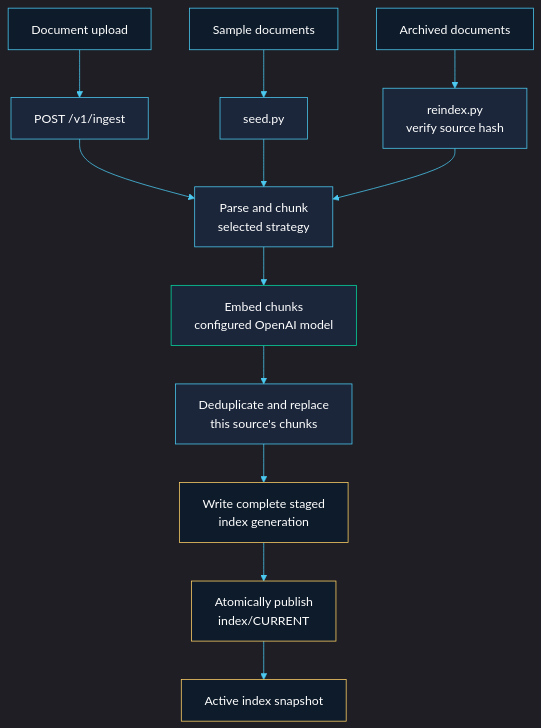
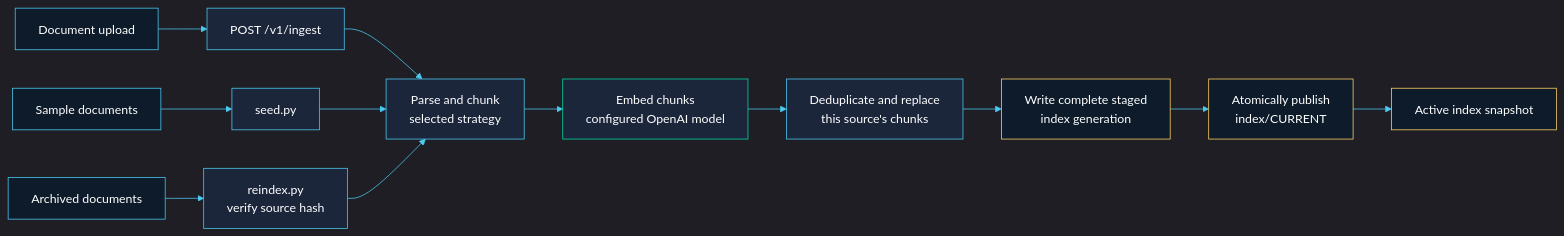
One commit to patilakshay111/RetrieverOS changed the first of 2 diagrams in README.md. Above: the diagram before and after it, drawn with Mermaid.

Commit message:
Lay out ingestion flow horizontally

````diff
--- a/README.md
+++ b/README.md
@@ -139,25 +139,25 @@
 ```mermaid
 %%{init: {'theme': 'dark', 'themeVariables': { 'primaryColor': '#0d1b2a', 'primaryTextColor': '#ffffff', 'primaryBorderColor': '#4cc9f0', 'lineColor': '#4cc9f0', 'secondaryColor': '#1b263b', 'tertiaryColor': '#4cc9f0' }}}%%
-flowchart TD
+flowchart LR
     upload["Document upload"] --> api["POST /v1/ingest"]
     samples["Sample documents"] --> seed["seed.py"]
     archive["Archived documents"] --> reindex["reindex.py<br/>verify source hash"]
     api --> ingest["Parse and chunk<br/>selected strategy"]
     seed --> ingest
     reindex --> ingest
     ingest --> embed["Embed chunks<br/>configured OpenAI model"]
     embed --> dedupe["Deduplicate and replace<br/>this source's chunks"]
     dedupe --> stage["Write complete staged<br/>index generation"]
     stage --> publish["Atomically publish<br/>index/CURRENT"]
     publish --> active["Active index snapshot"]
 
     classDef input fill:#0d1b2a,stroke:#4cc9f0,color:#ffffff;
     classDef process fill:#1b263b,stroke:#4cc9f0,color:#ffffff;
     classDef storage fill:#0d1b2a,stroke:#ffd166,color:#ffffff;
     classDef provider fill:#1b263b,stroke:#06d6a0,color:#ffffff;
 
     class upload,samples,archive input;
     class api,seed,reindex,ingest,dedupe process;
     class stage,publish,active storage;
     class embed provider;
 ```
````
